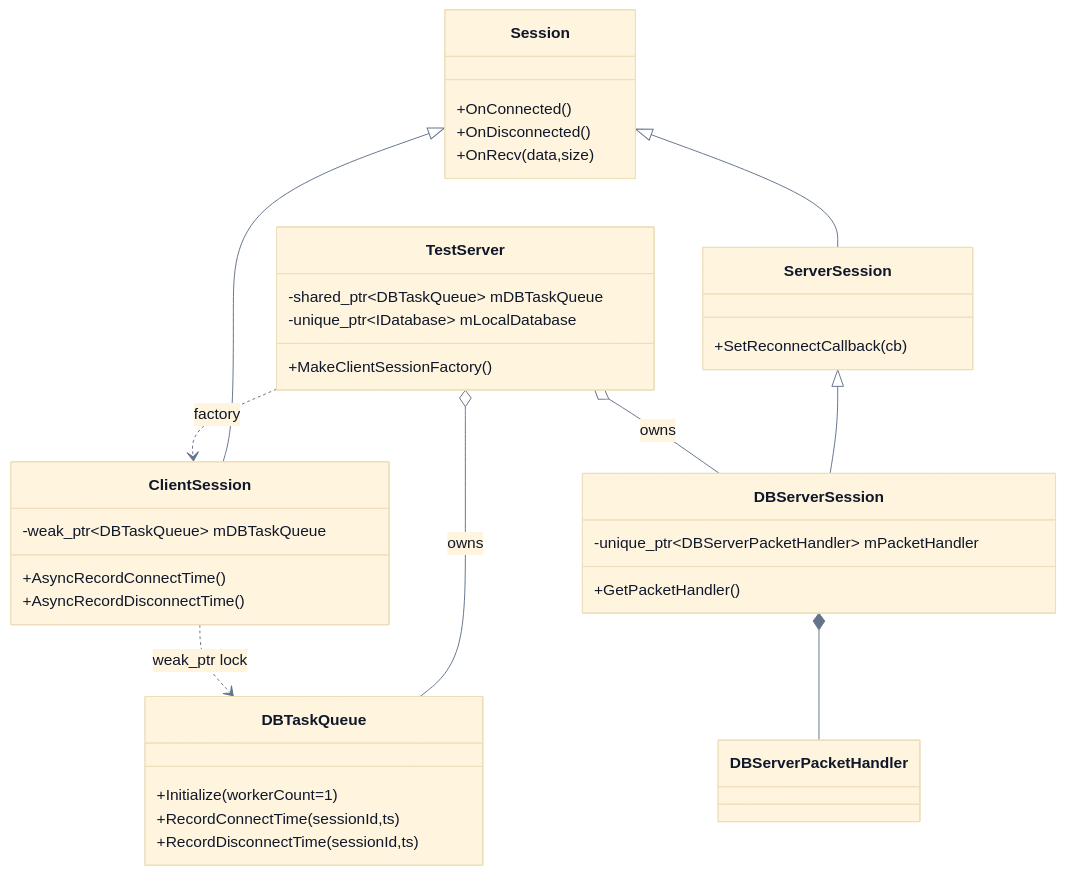
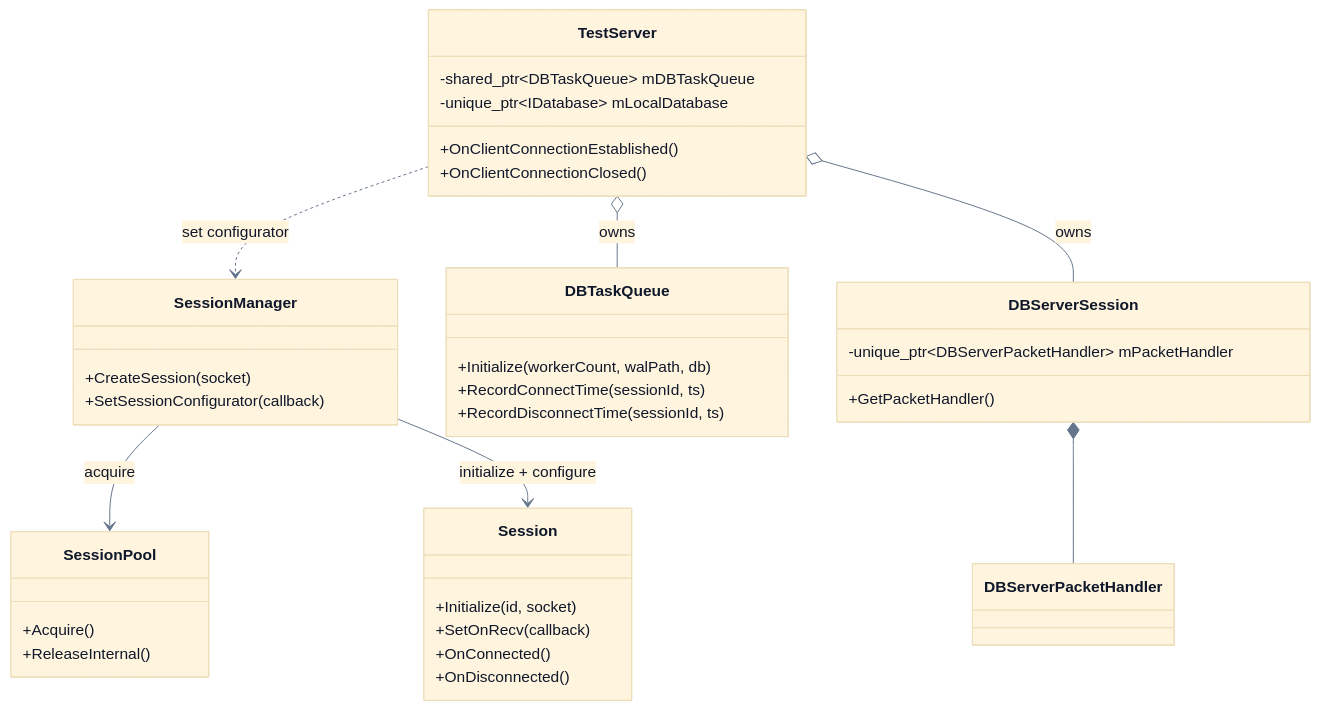
One commit to leedg/PublicStudy changed the diagram in NetworkModuleTest/Doc/WikiDraft/ServerStructure/02-Session-Layer.md. Above: the diagram before and after it, drawn with Mermaid. The commit also changed other lines of this file and 34 other files, not shown here.

````diff
--- a/NetworkModuleTest/Doc/WikiDraft/ServerStructure/02-Session-Layer.md
+++ b/NetworkModuleTest/Doc/WikiDraft/ServerStructure/02-Session-Layer.md
@@ -9,50 +10,49 @@
 ```mermaid
 %%{init: {'theme':'base', 'themeVariables': {
 'fontFamily':'Segoe UI, Noto Sans KR, sans-serif',
 'primaryTextColor':'#0F172A',
 'lineColor':'#64748B'
 }}}%%
 classDiagram
     class Session {
+      +Initialize(id, socket)
+      +SetOnRecv(callback)
       +OnConnected()
       +OnDisconnected()
-      +OnRecv(data,size)
     }
 
-    class ClientSession {
-      -weak_ptr~DBTaskQueue~ mDBTaskQueue
-      +AsyncRecordConnectTime()
-      +AsyncRecordDisconnectTime()
+    class SessionPool {
+      +Acquire()
+      +ReleaseInternal()
     }
 
-    class ServerSession {
-      +SetReconnectCallback(cb)
+    class SessionManager {
+      +CreateSession(socket)
+      +SetSessionConfigurator(callback)
+    }
+
+    class TestServer {
+      -shared_ptr~DBTaskQueue~ mDBTaskQueue
+      -unique_ptr~IDatabase~ mLocalDatabase
+      +OnClientConnectionEstablished()
+      +OnClientConnectionClosed()
+    }
+
+    class DBTaskQueue {
+      +Initialize(workerCount, walPath, db)
+      +RecordConnectTime(sessionId, ts)
+      +RecordDisconnectTime(sessionId, ts)
     }
 
     class DBServerSession {
       -unique_ptr~DBServerPacketHandler~ mPacketHandler
       +GetPacketHandler()
     }
 
-    class TestServer {
-      -shared_ptr~DBTaskQueue~ mDBTaskQueue
-      -unique_ptr~IDatabase~ mLocalDatabase
-      +MakeClientSessionFactory()
-    }
-
-    class DBTaskQueue {
-      +Initialize(workerCount=1)
-      +RecordConnectTime(sessionId,ts)
-      +RecordDisconnectTime(sessionId,ts)
-    }
-
-    Session <|-- ClientSession
-    Session <|-- ServerSession
-    ServerSession <|-- DBServerSession
-
+    SessionManager --> SessionPool : acquire
+    SessionManager --> Session : initialize + configure
+    TestServer ..> SessionManager : set configurator
     TestServer o-- DBTaskQueue : owns
     TestServer o-- DBServerSession : owns
-    TestServer ..> ClientSession : factory
-    ClientSession ..> DBTaskQueue : weak_ptr lock
     DBServerSession *-- DBServerPacketHandler
 ```
````
